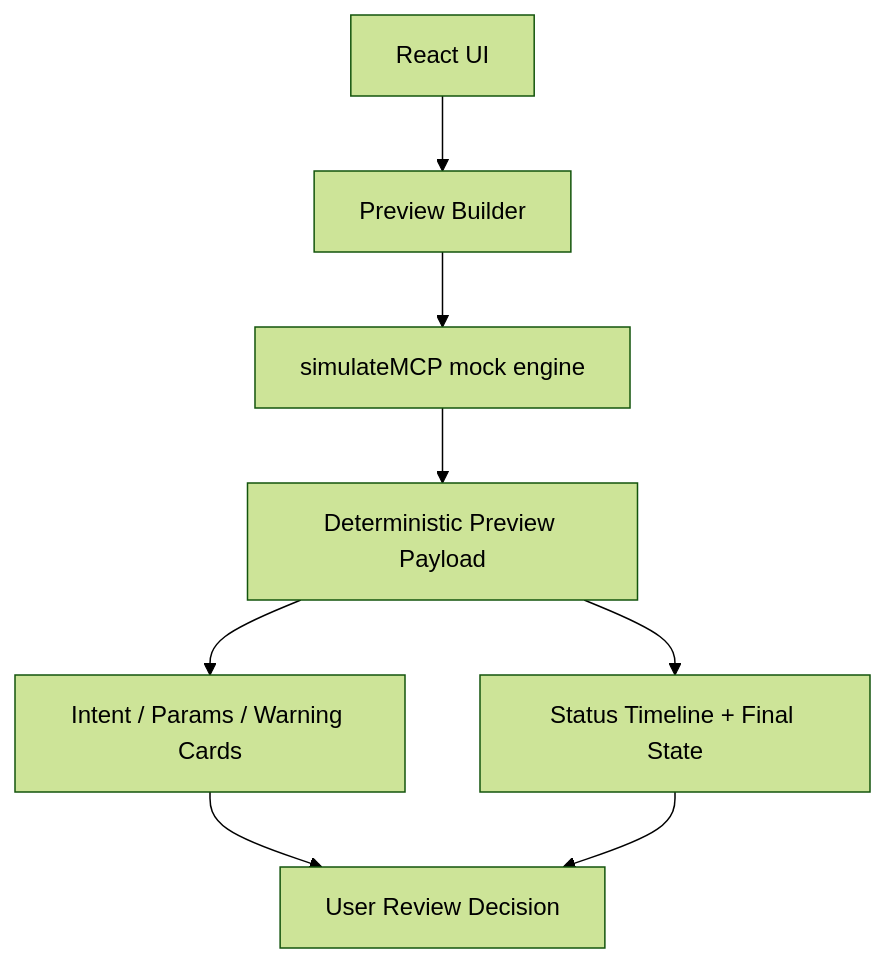
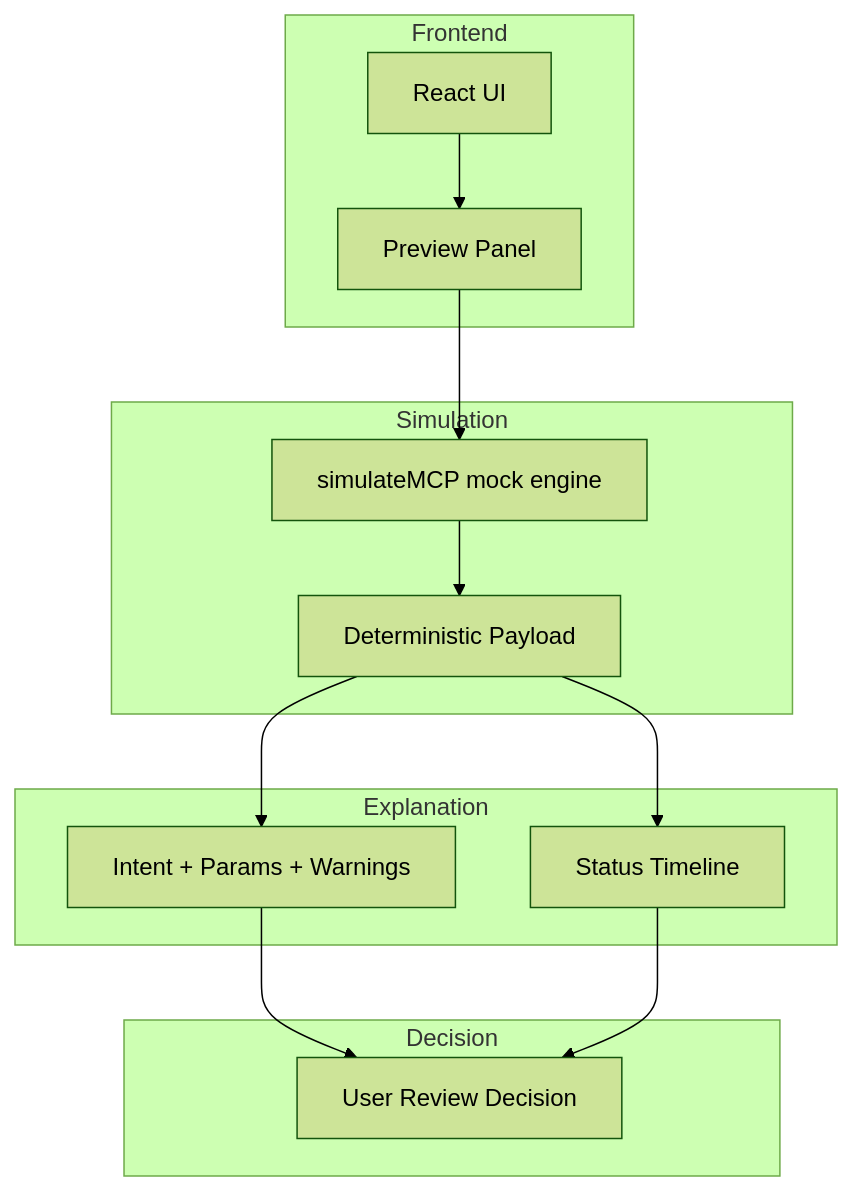
One commit to sunshineluyao/Moss-Mcp-Transaction changed the fourth of 8 diagrams in README.md. Above: the diagram before and after it, drawn with Mermaid (forest theme). The commit also changed other lines of this file, not shown here.

Commit message:
docs: redesign mermaid diagrams for cleaner compact layout

````diff
--- a/README.md
+++ b/README.md
@@ -243,10 +262,23 @@
 ```mermaid
 flowchart TB
-  UI[React UI] --> Preview[Preview Builder]
-  Preview --> Engine[simulateMCP mock engine]
-  Engine --> Data[Deterministic Preview Payload]
-  Data --> Cards[Intent / Params / Warning Cards]
-  Data --> Timeline[Status Timeline + Final State]
-  Cards --> User[User Review Decision]
-  Timeline --> User
+  subgraph L1[Frontend]
+    UI[React UI] --> Preview[Preview Panel]
+  end
+
+  subgraph L2[Simulation]
+    Engine[simulateMCP mock engine] --> Data[Deterministic Payload]
+  end
+
+  subgraph L3[Explanation]
+    Cards[Intent + Params + Warnings]
+    Timeline[Status Timeline]
+  end
+
+  subgraph L4[Decision]
+    User[User Review Decision]
+  end
+
+  Preview --> Engine
+  Data --> Cards --> User
+  Data --> Timeline --> User
 ```
````
